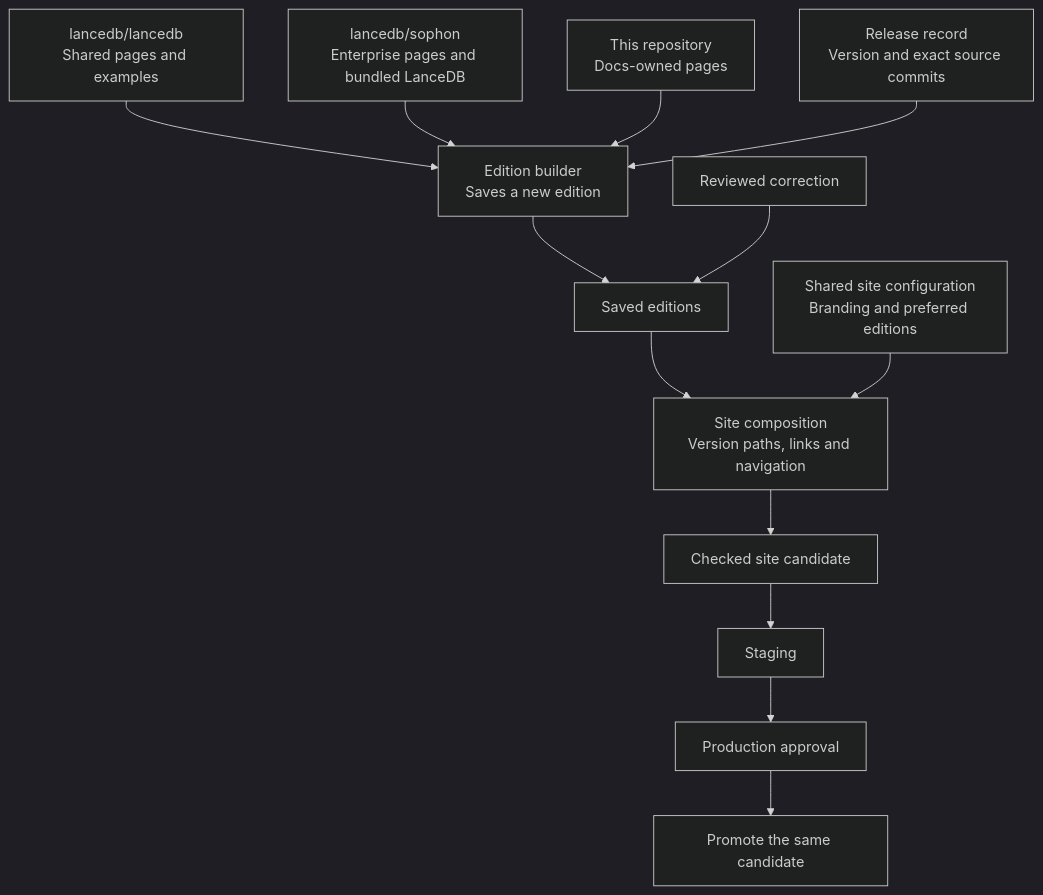
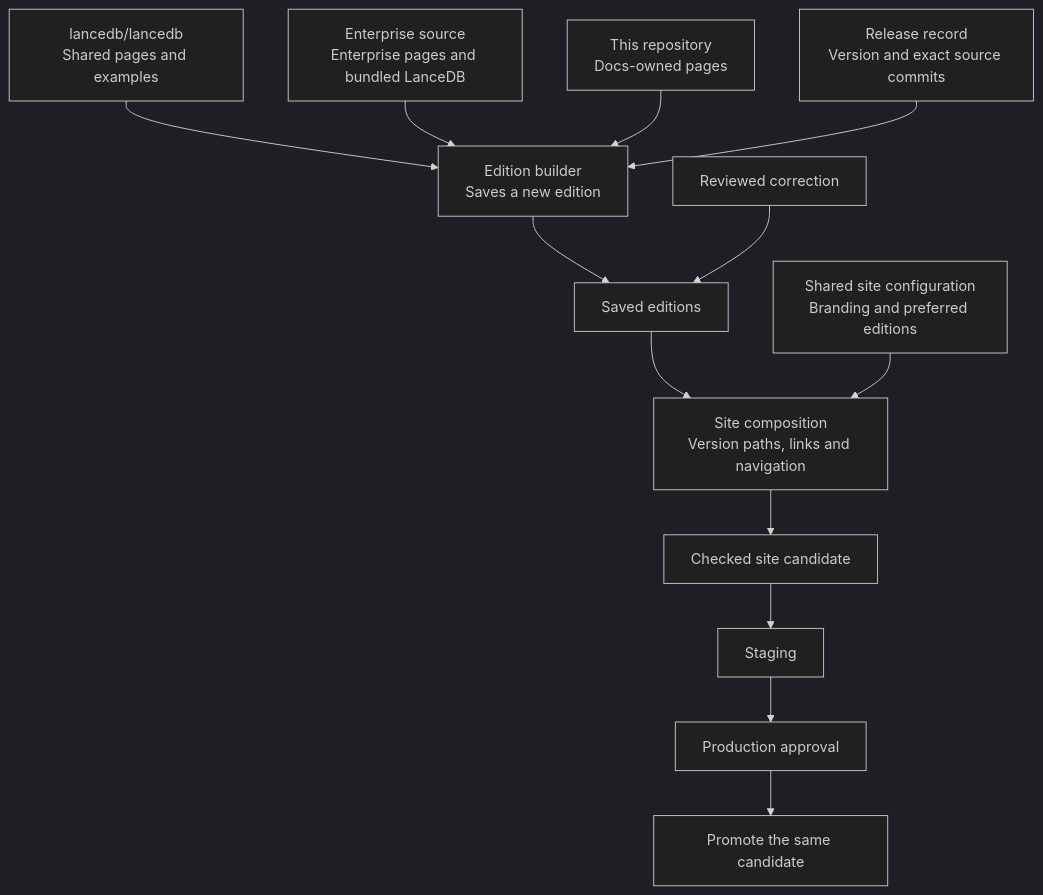
The first of 2 diagrams in VERSIONING.md (lancedb/docs), drawn with Mermaid (dark theme) before and after one commit. The commit also changed other lines of this file and 6 other files, not shown here.

````diff
--- a/VERSIONING.md
+++ b/VERSIONING.md
@@ -48,16 +48,16 @@
 ```mermaid
 flowchart TD
     L["lancedb/lancedb<br/>Shared pages and examples"] --> B
-    S["lancedb/sophon<br/>Enterprise pages and bundled LanceDB"] --> B
+    S["Enterprise source<br/>Enterprise pages and bundled LanceDB"] --> B
     D["This repository<br/>Docs-owned pages"] --> B
     R["Release record<br/>Version and exact source commits"] --> B
     B["Edition builder<br/>Saves a new edition"] --> E
     E["Saved editions"]
     C["Reviewed correction"] --> E
     E --> A["Site composition<br/>Version paths, links and navigation"]
     N["Shared site configuration<br/>Branding and preferred editions"] --> A
     A --> V["Checked site candidate"]
     V --> T["Staging"]
     T --> H["Production approval"]
     H --> P["Promote the same candidate"]
 ```
````
